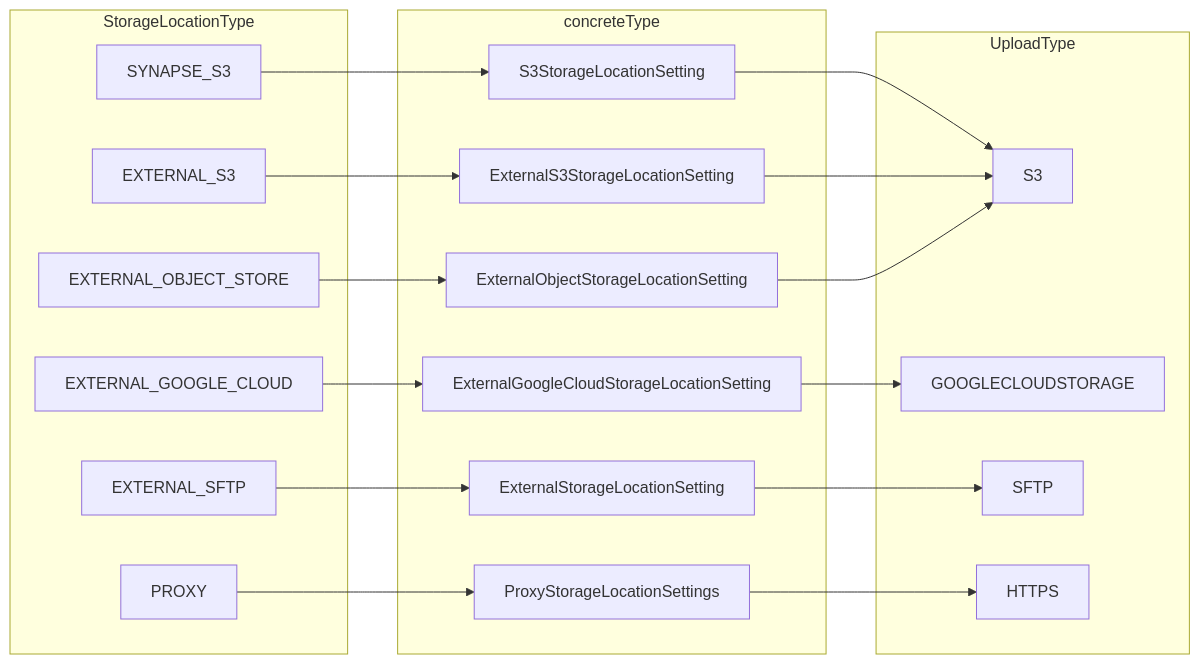
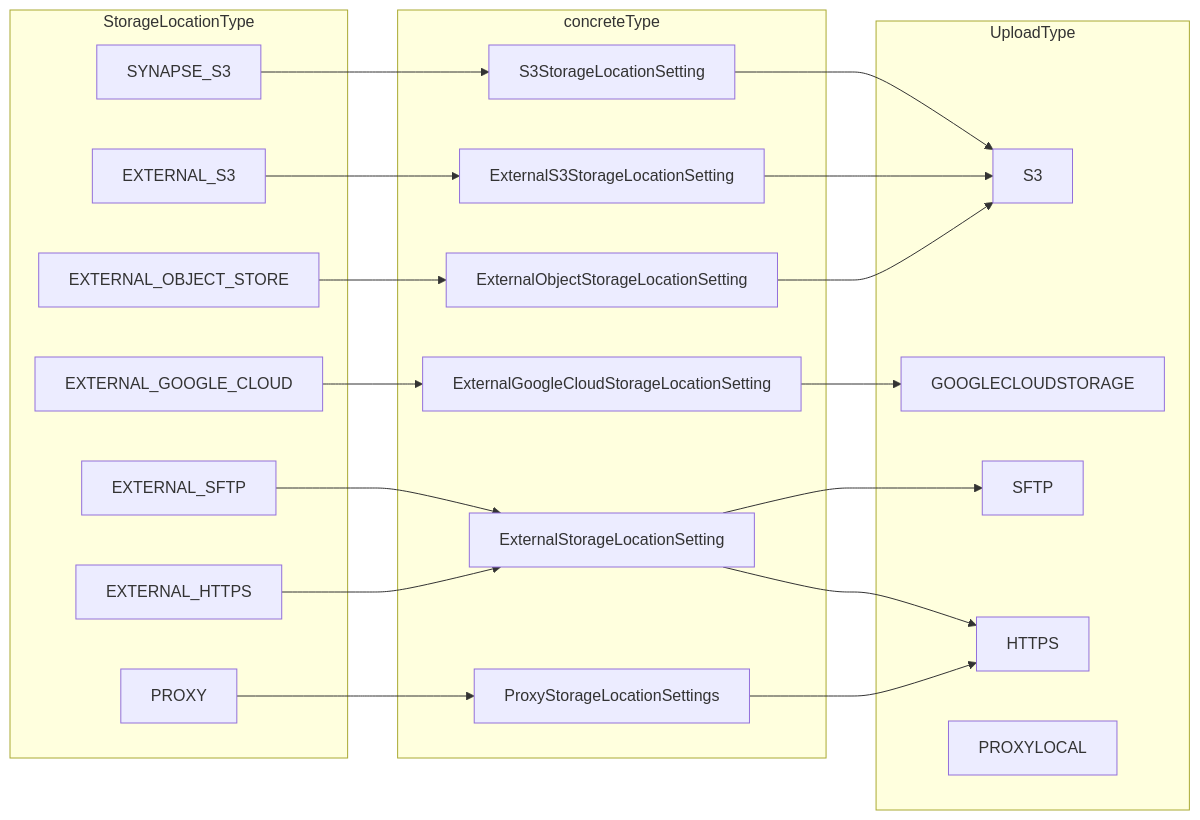
One commit to Sage-Bionetworks/synapsePythonClient changed the second of 10 diagrams in docs/explanations/storage_location_architecture.md. Above: the diagram before and after it, drawn with Mermaid. The commit also changed other lines of this file and 3 other files, not shown here.

````diff
--- a/docs/explanations/storage_location_architecture.md
+++ b/docs/explanations/storage_location_architecture.md
@@ -190,34 +187,37 @@
 ```mermaid
 flowchart LR
     subgraph StorageLocationType
         SYNAPSE_S3["SYNAPSE_S3"]
         EXTERNAL_S3["EXTERNAL_S3"]
         EXTERNAL_GOOGLE_CLOUD["EXTERNAL_GOOGLE_CLOUD"]
         EXTERNAL_SFTP["EXTERNAL_SFTP"]
+        EXTERNAL_HTTPS["EXTERNAL_HTTPS"]
         EXTERNAL_OBJECT_STORE["EXTERNAL_OBJECT_STORE"]
         PROXY["PROXY"]
     end
 
     subgraph concreteType
         S3SLS["S3StorageLocationSetting"]
         ExtS3SLS["ExternalS3StorageLocationSetting"]
         ExtGCSSLS["ExternalGoogleCloudStorageLocationSetting"]
         ExtSLS["ExternalStorageLocationSetting"]
         ExtObjSLS["ExternalObjectStorageLocationSetting"]
         ProxySLS["ProxyStorageLocationSettings"]
     end
 
     subgraph UploadType
         S3["S3"]
         GCS["GOOGLECLOUDSTORAGE"]
         SFTP["SFTP"]
         HTTPS["HTTPS"]
+        PROXYLOCAL["PROXYLOCAL"]
     end
 
     SYNAPSE_S3 --> S3SLS --> S3
     EXTERNAL_S3 --> ExtS3SLS --> S3
     EXTERNAL_GOOGLE_CLOUD --> ExtGCSSLS --> GCS
     EXTERNAL_SFTP --> ExtSLS --> SFTP
+    EXTERNAL_HTTPS --> ExtSLS --> HTTPS
     EXTERNAL_OBJECT_STORE --> ExtObjSLS --> S3
     PROXY --> ProxySLS --> HTTPS
 ```
````
